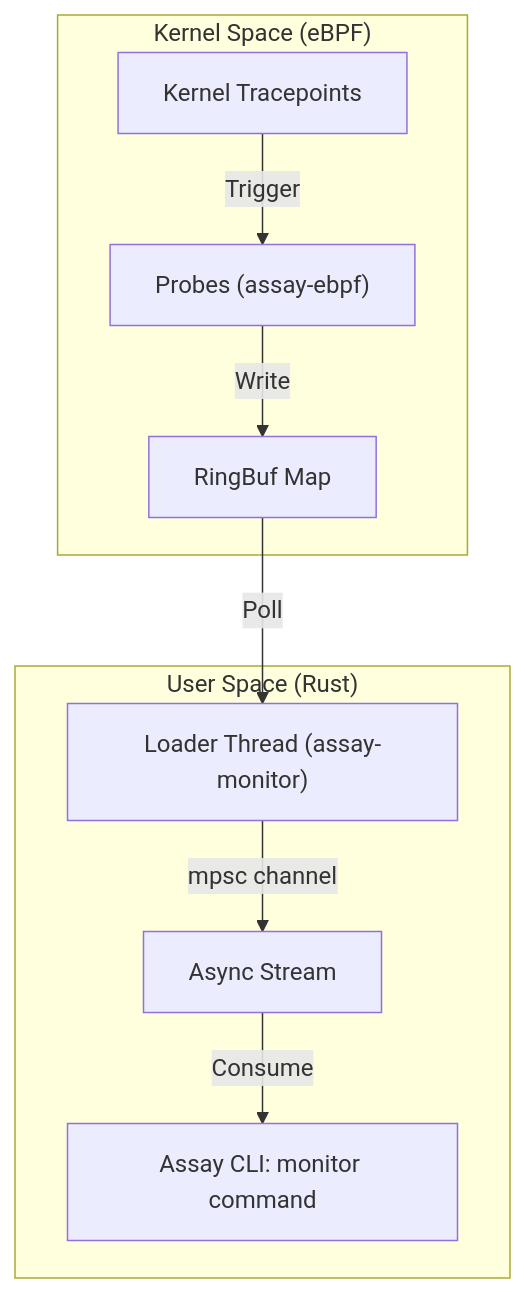
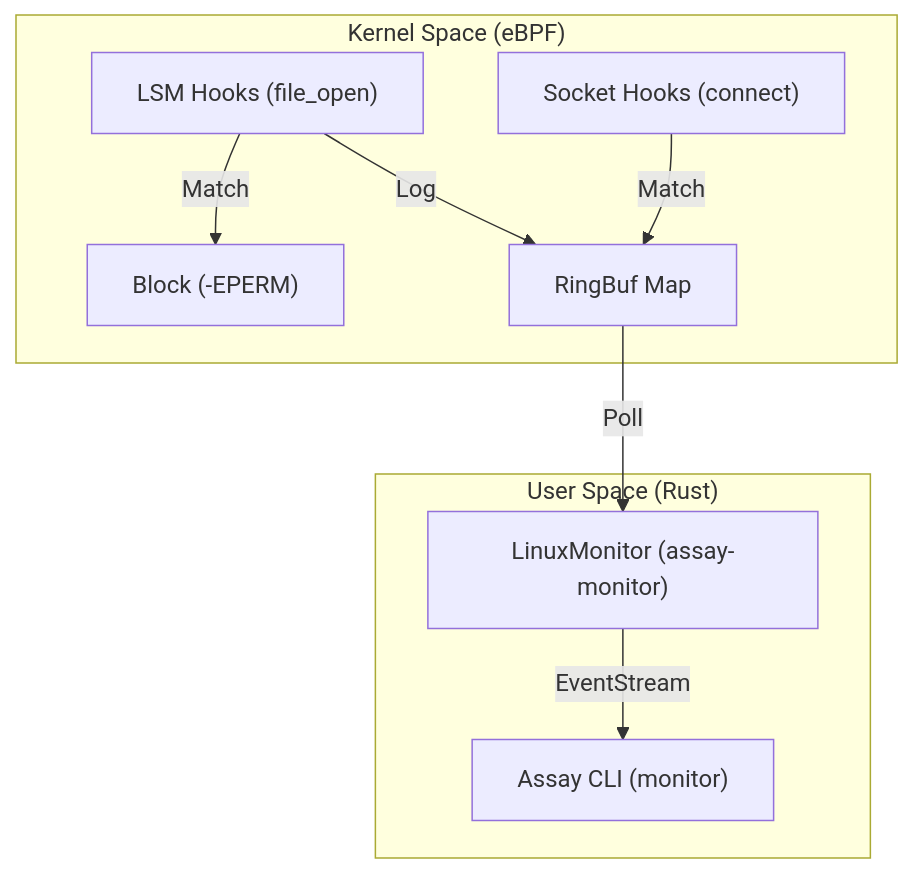
The diagram in docs/runtime-monitor.md (Rul1an/assay), drawn with Mermaid before and after one commit. The commit also changed other lines of this file and 22 other files, not shown here.

````diff
--- a/docs/runtime-monitor.md
+++ b/docs/runtime-monitor.md
@@ -15,13 +11,13 @@
 ```mermaid
 flowchart TD
   subgraph KS["Kernel Space (eBPF)"]
-    K["Kernel Tracepoints"] -->|Trigger| P["Probes (assay-ebpf)"]
-    P -->|Write| RB["RingBuf Map"]
+    LSM["LSM Hooks (file_open)"] -->|Match| BLK["Block (-EPERM)"]
+    LSM -->|Log| RB["RingBuf Map"]
+    SOCK["Socket Hooks (connect)"] -->|Match| RB
   end
 
   subgraph US["User Space (Rust)"]
-    RB -->|Poll| L["Loader Thread (assay-monitor)"]
-    L -->|mpsc channel| S["Async Stream"]
-    S -->|Consume| CLI["Assay CLI: monitor command"]
+    RB -->|Poll| L["LinuxMonitor (assay-monitor)"]
+    L -->|EventStream| CLI["Assay CLI (monitor)"]
   end
 ```
````
